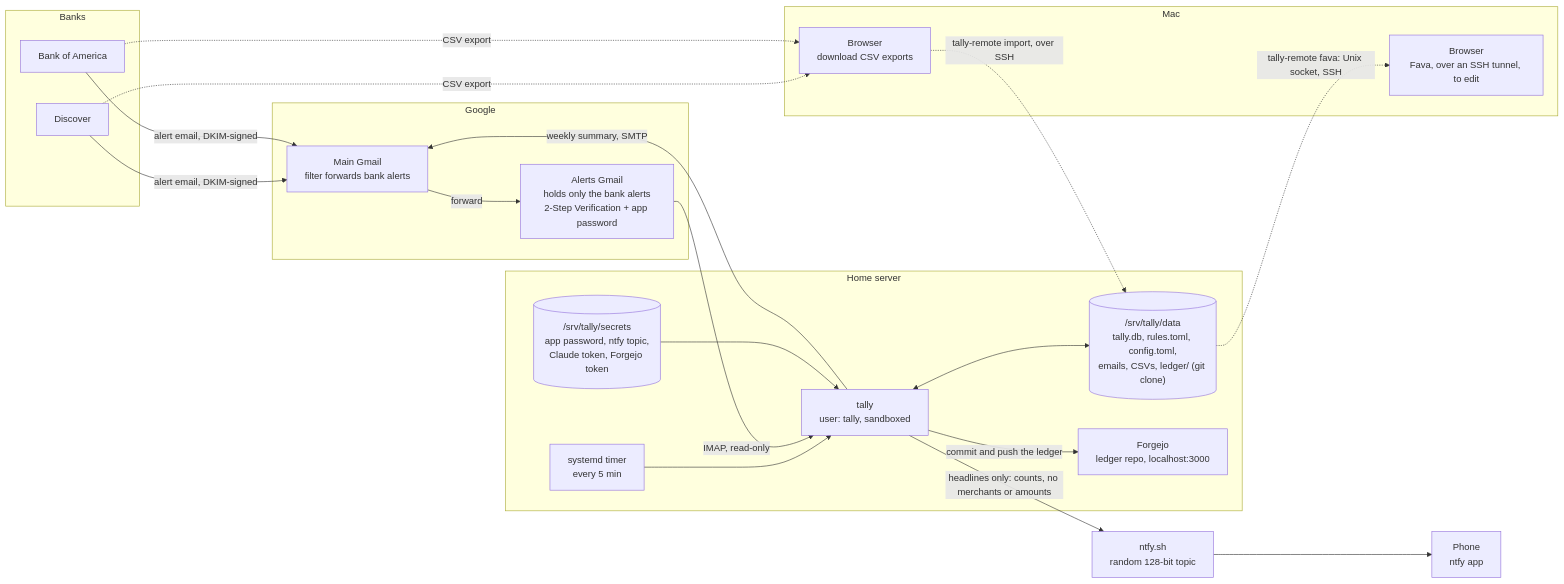
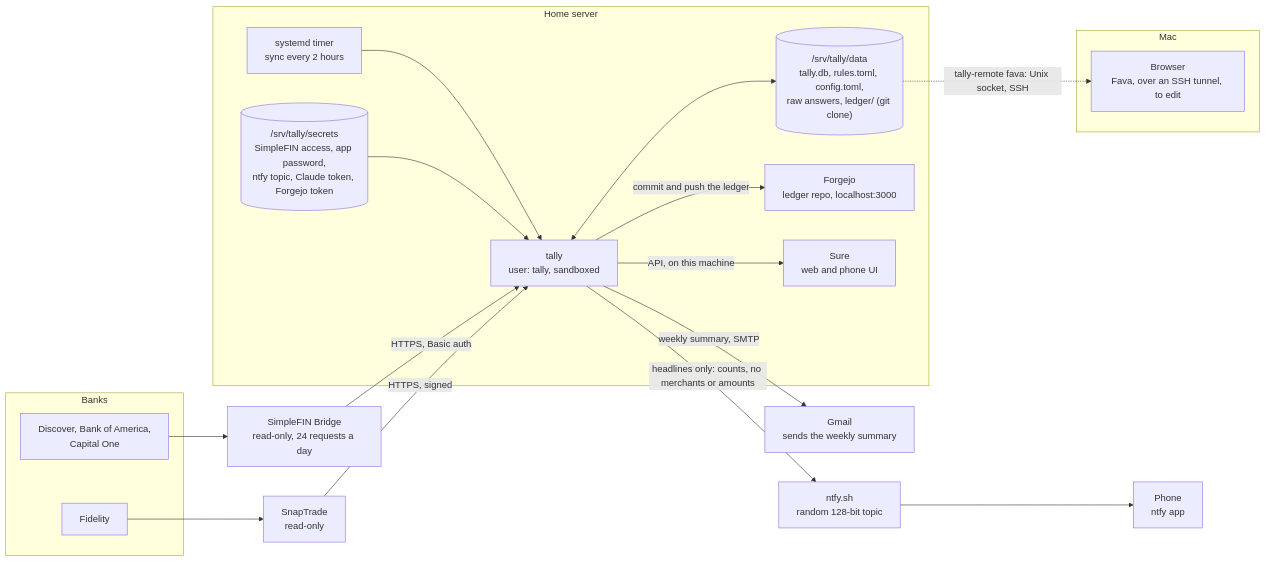
The first of 6 diagrams in docs/architecture.md (vmenon04/tally), drawn with Mermaid before and after one commit. The commit also changed other lines of this file and 42 other files, not shown here.

First line of the commit message:
Take pending purchases from SimpleFIN alone, and sync every two hours

````diff
--- a/docs/architecture.md
+++ b/docs/architecture.md
@@ -12,45 +12,41 @@
 ```mermaid
 flowchart LR
     subgraph banks["Banks"]
-        discover_bank["Discover"]
-        bofa_bank["Bank of America"]
+        bank["Discover, Bank of America,<br/>Capital One"]
+        fidelity["Fidelity"]
     end
 
-    subgraph google["Google"]
-        main_gmail["Main Gmail<br/>filter forwards bank alerts"]
-        alerts_gmail["Alerts Gmail<br/>holds only the bank alerts<br/>2-Step Verification + app password"]
+    simplefin["SimpleFIN Bridge<br/>read-only, 24 requests a day"]
+    snaptrade["SnapTrade<br/>read-only"]
+
+    subgraph server["Home server"]
+        timer["systemd timer<br/>sync every 2 hours"]
+        tally["tally<br/>user: tally, sandboxed"]
+        data[("/srv/tally/data<br/>tally.db, rules.toml, config.toml,<br/>raw answers, ledger/ (git clone)")]
+        secrets[("/srv/tally/secrets<br/>SimpleFIN access, app password,<br/>ntfy topic, Claude token, Forgejo token")]
+        forgejo["Forgejo<br/>ledger repo, localhost:3000"]
+        sure["Sure<br/>web and phone UI"]
     end
 
     subgraph mac["Mac"]
-        browser["Browser<br/>download CSV exports"]
         fava_view["Browser<br/>Fava, over an SSH tunnel, to edit"]
     end
 
-    subgraph server["Home server"]
-        timer["systemd timer<br/>every 5 min"]
-        tally["tally<br/>user: tally, sandboxed"]
-        data[("/srv/tally/data<br/>tally.db, rules.toml, config.toml,<br/>emails, CSVs, ledger/ (git clone)")]
-        secrets[("/srv/tally/secrets<br/>app password, ntfy topic,<br/>Claude token, Forgejo token")]
-        forgejo["Forgejo<br/>ledger repo, localhost:3000"]
-    end
-
+    gmail["Gmail<br/>sends the weekly summary"]
     ntfy["ntfy.sh<br/>random 128-bit topic"]
     phone["Phone<br/>ntfy app"]
 
-    discover_bank -- "alert email, DKIM-signed" --> main_gmail
-    bofa_bank -- "alert email, DKIM-signed" --> main_gmail
-    main_gmail -- "forward" --> alerts_gmail
-    discover_bank -. "CSV export" .-> browser
-    bofa_bank -. "CSV export" .-> browser
-    browser -. "tally-remote import, over SSH" .-> data
-
+    bank --> simplefin
+    fidelity --> snaptrade
     timer --> tally
-    alerts_gmail -- "IMAP, read-only" --> tally
+    simplefin -- "HTTPS, Basic auth" --> tally
+    snaptrade -- "HTTPS, signed" --> tally
     tally <--> data
     secrets --> tally
     tally -- "commit and push the ledger" --> forgejo
+    tally -- "API, on this machine" --> sure
     data -. "tally-remote fava: Unix socket, SSH" .-> fava_view
-    tally -- "weekly summary, SMTP" --> main_gmail
+    tally -- "weekly summary, SMTP" --> gmail
     tally -- "headlines only: counts, no merchants or amounts" --> ntfy
     ntfy --> phone
 ```
````
